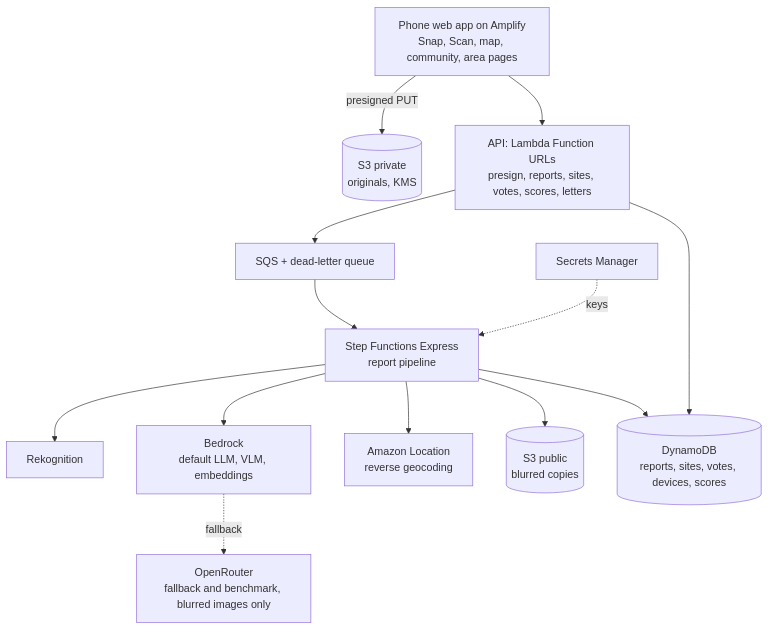
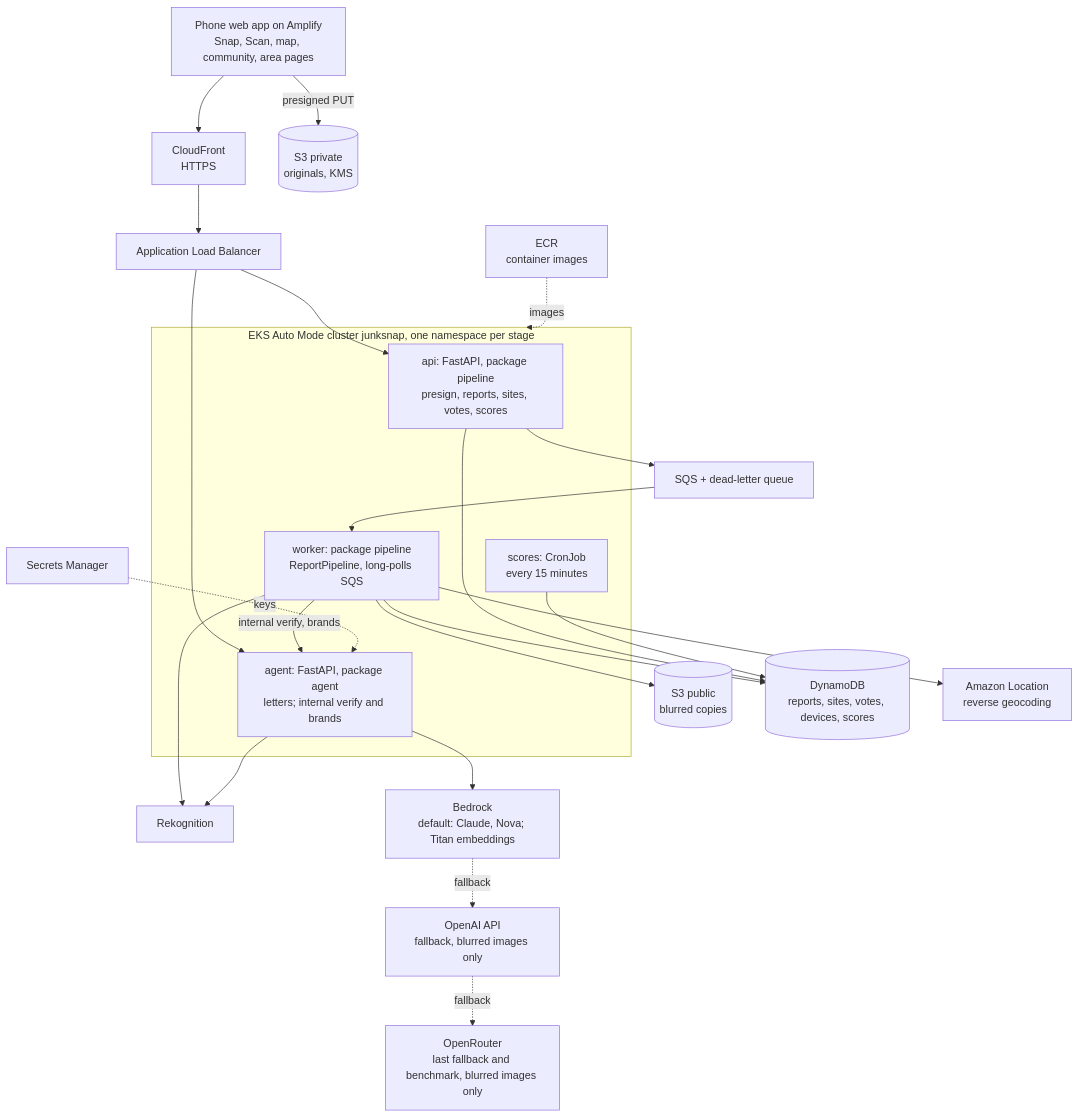
One commit to Girish-Garg/JunkSnap changed the first of 2 diagrams in docs/architecture.md. Above: the diagram before and after it, drawn with Mermaid. The commit also changed other lines of this file and 11 other files, not shown here.

First line of the commit message:
Record night decisions: Kubernetes stack, aws login, Bedrock default, no cuts (#5)

````diff
--- a/docs/architecture.md
+++ b/docs/architecture.md
@@ -20,23 +20,34 @@
 ```mermaid
 flowchart TB
   phone["Phone web app on Amplify<br/>Snap, Scan, map, community, area pages"]
-  api["API: Lambda Function URLs<br/>presign, reports, sites, votes, scores, letters"]
+  cf["CloudFront<br/>HTTPS"]
+  alb["Application Load Balancer"]
+  subgraph eks["EKS Auto Mode cluster junksnap, one namespace per stage"]
+    api["api: FastAPI, package pipeline<br/>presign, reports, sites, votes, scores"]
+    agent["agent: FastAPI, package agent<br/>letters; internal verify and brands"]
+    worker["worker: package pipeline<br/>ReportPipeline, long-polls SQS"]
+    scores["scores: CronJob<br/>every 15 minutes"]
+  end
+  ecr["ECR<br/>container images"]
   s3p[("S3 private<br/>originals, KMS")]
   s3b[("S3 public<br/>blurred copies")]
   q["SQS + dead-letter queue"]
-  sfn["Step Functions Express<br/>report pipeline"]
   ddb[("DynamoDB<br/>reports, sites, votes, devices, scores")]
   rek["Rekognition"]
-  brk["Bedrock<br/>default LLM, VLM, embeddings"]
-  orr["OpenRouter<br/>fallback and benchmark, blurred images only"]
+  brk["Bedrock<br/>default: Claude, Nova; Titan embeddings"]
+  oai["OpenAI API<br/>fallback, blurred images only"]
+  orr["OpenRouter<br/>last fallback and benchmark, blurred images only"]
   loc["Amazon Location<br/>reverse geocoding"]
   sm["Secrets Manager"]
   phone -->|presigned PUT| s3p
-  phone --> api
-  api --> q --> sfn
-  sfn --> rek & brk & loc
-  brk -.->|fallback| orr
-  sfn --> s3b & ddb
-  api --> ddb
-  sm -.->|keys| sfn
+  phone --> cf --> alb
+  alb --> api & agent
+  api --> q --> worker
+  worker -->|"internal verify, brands"| agent
+  worker --> rek & loc & s3b & ddb
+  agent --> rek & brk
+  brk -.->|fallback| oai -.->|fallback| orr
+  api & scores --> ddb
+  ecr -.->|images| eks
+  sm -.->|keys| agent
 ```
````
